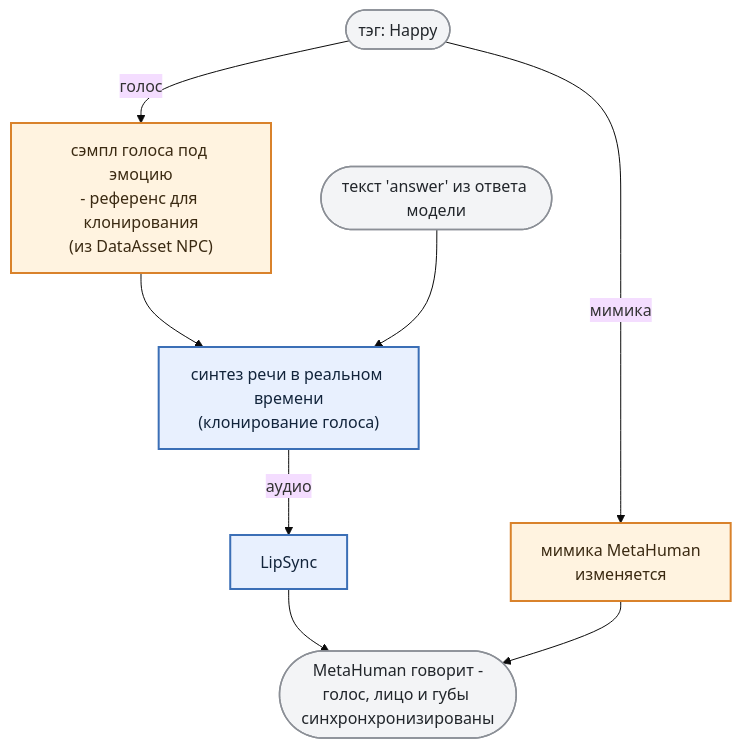
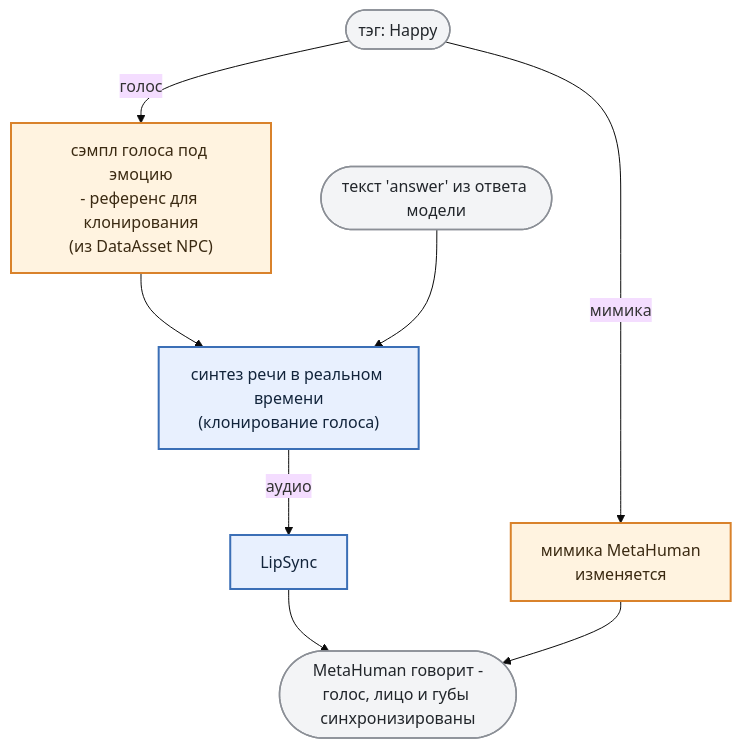
The fourth of 6 diagrams in docs/article-full.md (MimusTriurus/ullama_demo), drawn with Mermaid (base theme) before and after one commit. The commit also changed other lines of this file, not shown here.

````diff
--- a/docs/article-full.md
+++ b/docs/article-full.md
@@ -322,27 +325,27 @@
 ```mermaid
 flowchart TD
     TAG(["тэг: Happy"])
 
     SAMPLE["сэмпл голоса под эмоцию<br/>- референс для клонирования<br/>(из DataAsset NPC)"]
     FACE["мимика MetaHuman<br/>изменяется"]
 
     TTS["синтез речи в реальном времени<br/>(клонирование голоса)"]
     LS["LipSync"]
-    OUT(["MetaHuman говорит -<br/>голос, лицо и губы синхронхронизированы"])
+    OUT(["MetaHuman говорит -<br/>голос, лицо и губы синхронизированы"])
 
     TAG -- голос --> SAMPLE
     TAG -- мимика --> FACE
     SAMPLE --> TTS
     ANSWER(["текст 'answer' из ответа модели"]) --> TTS
     TTS -- аудио --> LS
     LS --> OUT
     FACE --> OUT
 
     classDef state fill:#fff3e0,stroke:#d9822b,stroke-width:2px,color:#3b2a12
     classDef engine fill:#e8f0fe,stroke:#3b6fb6,stroke-width:2px,color:#12243b
     classDef edge fill:#f3f4f6,stroke:#8b8f96,stroke-width:1.5px,color:#22262b
 
     class SAMPLE,FACE state
     class TTS,LS engine
     class TAG,ANSWER,OUT edge
 ```
````
